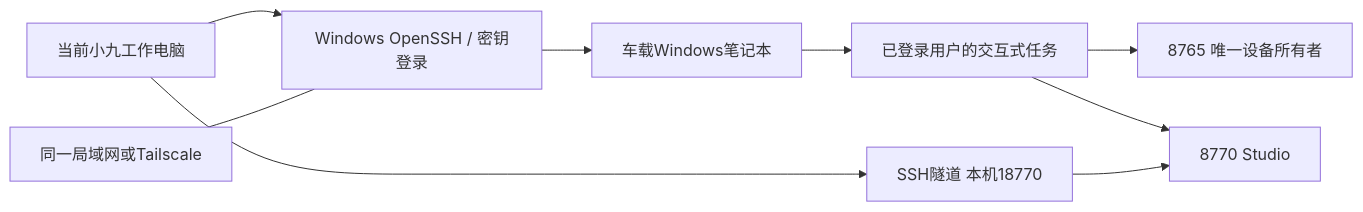
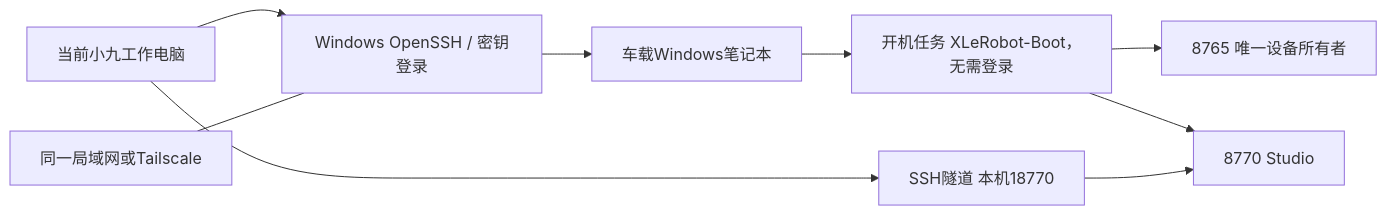
The diagram in deployment/windows/README_ZH.md (angelash/XLeRobot), drawn with Mermaid before and after one commit. The commit also changed other lines of this file and 3 other files, not shown here.

Commit message:
Start robot services at boot without login and record the paused arm self-test

````diff
--- a/deployment/windows/README_ZH.md
+++ b/deployment/windows/README_ZH.md
@@ -37,11 +37,11 @@
 ```mermaid
 flowchart LR
   Operator[当前小九工作电脑] --> SSH[Windows OpenSSH / 密钥登录]
   LAN[同一局域网或Tailscale] --- SSH
   SSH --> Laptop[车载Windows笔记本]
-  Laptop --> Interactive[已登录用户的交互式任务]
-  Interactive --> Control[8765 唯一设备所有者]
-  Interactive --> Studio[8770 Studio]
+  Laptop --> Boot[开机任务 XLeRobot-Boot，无需登录]
+  Boot --> Control[8765 唯一设备所有者]
+  Boot --> Studio[8770 Studio]
   Operator --> Tunnel[SSH隧道 本机18770]
   Tunnel --> Studio
 ```
````
